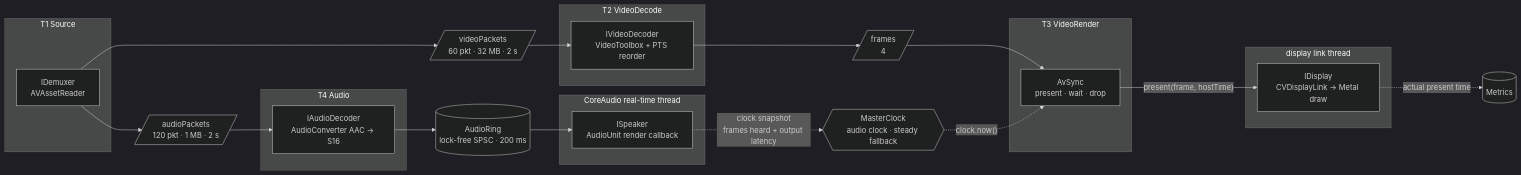
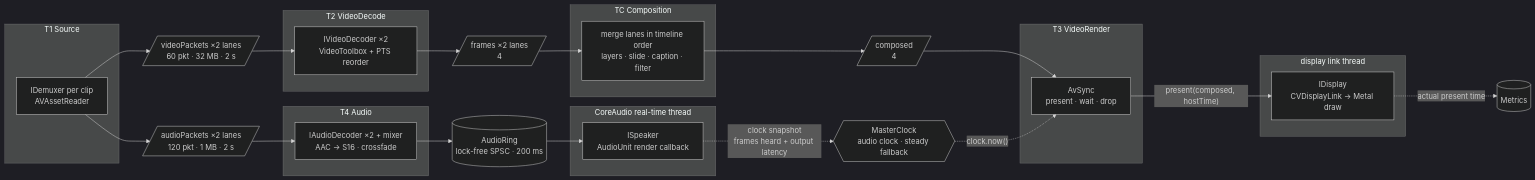
Before and after one commit to aray4702/media_framework: the second of 3 diagrams in README.md, drawn with Mermaid (dark theme). The commit also changed other lines of this file and 17 other files, not shown here.

First line of the commit message:
Add composition stage: multi-clip timeline, slide transitions, captions, filter

````diff
--- a/README.md
+++ b/README.md
@@ -246,38 +267,43 @@
 ```mermaid
 flowchart LR
     subgraph T1["T1 Source"]
-        Demux["IDemuxer<br/>AVAssetReader"]
+        Demux["IDemuxer per clip<br/>AVAssetReader"]
     end
-    VQ[/"videoPackets<br/>60 pkt · 32 MB · 2 s"/]
-    AQ[/"audioPackets<br/>120 pkt · 1 MB · 2 s"/]
+    VQ[/"videoPackets ×2 lanes<br/>60 pkt · 32 MB · 2 s"/]
+    AQ[/"audioPackets ×2 lanes<br/>120 pkt · 1 MB · 2 s"/]
 
     subgraph T2["T2 VideoDecode"]
-        VT["IVideoDecoder<br/>VideoToolbox + PTS reorder"]
+        VT["IVideoDecoder ×2<br/>VideoToolbox + PTS reorder"]
     end
-    FQ[/"frames<br/>4"/]
+    FQ[/"frames ×2 lanes<br/>4"/]
+
+    subgraph TC["TC Composition"]
+        Comp["merge lanes in timeline order<br/>layers · slide · caption · filter"]
+    end
+    CQ[/"composed<br/>4"/]
 
     subgraph T3["T3 VideoRender"]
         Sync["AvSync<br/>present · wait · drop"]
     end
 
     subgraph DL["display link thread"]
         Disp["IDisplay<br/>CVDisplayLink → Metal draw"]
     end
 
     subgraph T4["T4 Audio"]
-        AD["IAudioDecoder<br/>AudioConverter AAC → S16"]
+        AD["IAudioDecoder ×2 + mixer<br/>AAC → S16 · crossfade"]
     end
     Ring[("AudioRing<br/>lock-free SPSC · 200 ms")]
 
     subgraph RT["CoreAudio real-time thread"]
         Spk["ISpeaker<br/>AudioUnit render callback"]
     end
 
     Clock{{"MasterClock<br/>audio clock · steady fallback"}}
 
-    Demux --> VQ --> VT --> FQ --> Sync -- "present(frame, hostTime)" --> Disp
+    Demux --> VQ --> VT --> FQ --> Comp --> CQ --> Sync -- "present(composed, hostTime)" --> Disp
     Demux --> AQ --> AD --> Ring --> Spk
     Spk -. "clock snapshot<br/>frames heard + output latency" .-> Clock
     Clock -. "clock.now()" .-> Sync
     Disp -. "actual present time" .-> Metrics[("Metrics")]
 ```
````
